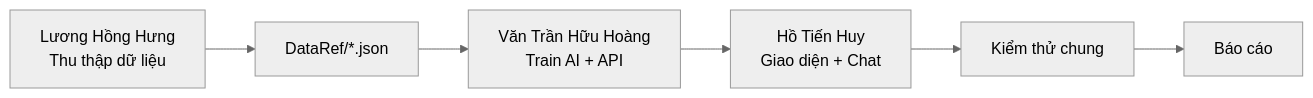
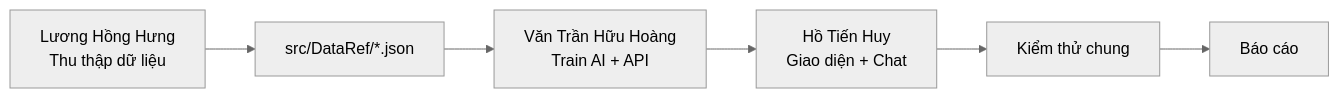
Before and after one commit to huyht080288/MotorcycleAdvisorChatbot: the first of 12 diagrams in Report/NHOM12_PHATTRIENHETHONGTHONGMINH.md, drawn with Mermaid (neutral theme). The commit also changed other lines of this file and 37 other files, not shown here.

````diff
--- a/Report/NHOM12_PHATTRIENHETHONGTHONGMINH.md
+++ b/Report/NHOM12_PHATTRIENHETHONGTHONGMINH.md
@@ -101,8 +101,8 @@
 ```mermaid
 flowchart LR
-    A[Lương Hồng Hưng<br/>Thu thập dữ liệu] --> B[DataRef/*.json]
+    A[Lương Hồng Hưng<br/>Thu thập dữ liệu] --> B[src/DataRef/*.json]
     B --> C[Văn Trần Hữu Hoàng<br/>Train AI + API]
     C --> D[Hồ Tiến Huy<br/>Giao diện + Chat]
     D --> E[Kiểm thử chung]
     E --> F[Báo cáo]
 ```
````
